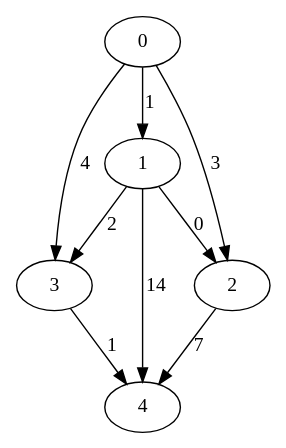
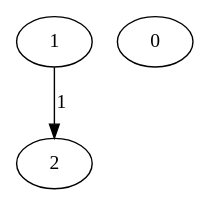
Before and after one commit to Les-Alchimistes-Labs/AlgorithmVisualizer: the diagram in algorithm_visualizer/src/save/tmp/dicgraph.dot, drawn with Graphviz. The commit also changed 35 other files, not shown here.

```diff
--- a/algorithm_visualizer/src/save/tmp/dicgraph.dot
+++ b/algorithm_visualizer/src/save/tmp/dicgraph.dot
@@ -1,15 +1,6 @@
-digraph dicgraph { // 5
-n0->n1 [label = 1] // 0 1 1
-n0->n2 [label = 3] // 0 2 3
-n0->n3 [label = 4] // 0 3 4
-n1->n2 [label = 0] // 1 2 0
-n1->n3 [label = 2] // 1 3 2
-n1->n4 [label = 14] // 1 4 14
-n2->n4 [label = 7] // 2 4 7
-n3->n4 [label = 1] // 3 4 1
+digraph dicgraph { // 3
+n1->n2 [label = 1] // 1 2 1
 n0 [label="0"]
 n1 [label="1"]
 n2 [label="2"]
-n3 [label="3"]
-n4 [label="4"]
 }
```
